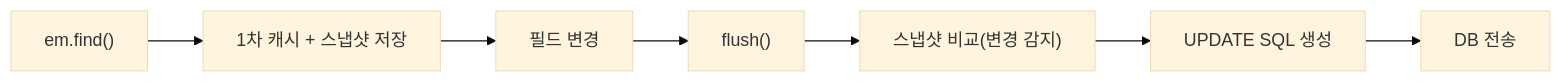
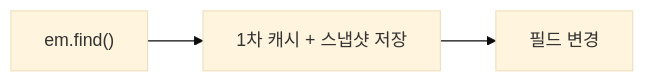
Before and after one commit to yjkim2015/yjkim2015.github.io: the fourth of 7 diagrams in _posts/jpa/2026-05-01-jpa-fundamentals.md, drawn with Mermaid (base theme). The commit also changed other lines of this file and 132 other files, not shown here.

First line of the commit message:
Mermaid 다이어그램 가독성 정리: 단순 제거, 노드 축소, TD→LR 변환

````diff
--- a/_posts/jpa/2026-05-01-jpa-fundamentals.md
+++ b/_posts/jpa/2026-05-01-jpa-fundamentals.md
@@ -177,7 +172,5 @@
 ```mermaid
 graph LR
     FIND["em.find()"] --> CACHE["1차 캐시 + 스냅샷 저장"]
     CACHE --> SET["필드 변경"]
-    SET --> FL["flush()"] --> CMP["스냅샷 비교(변경 감지)"]
-    CMP --> GEN["UPDATE SQL 생성"] --> DB["DB 전송"]
 ```
````
